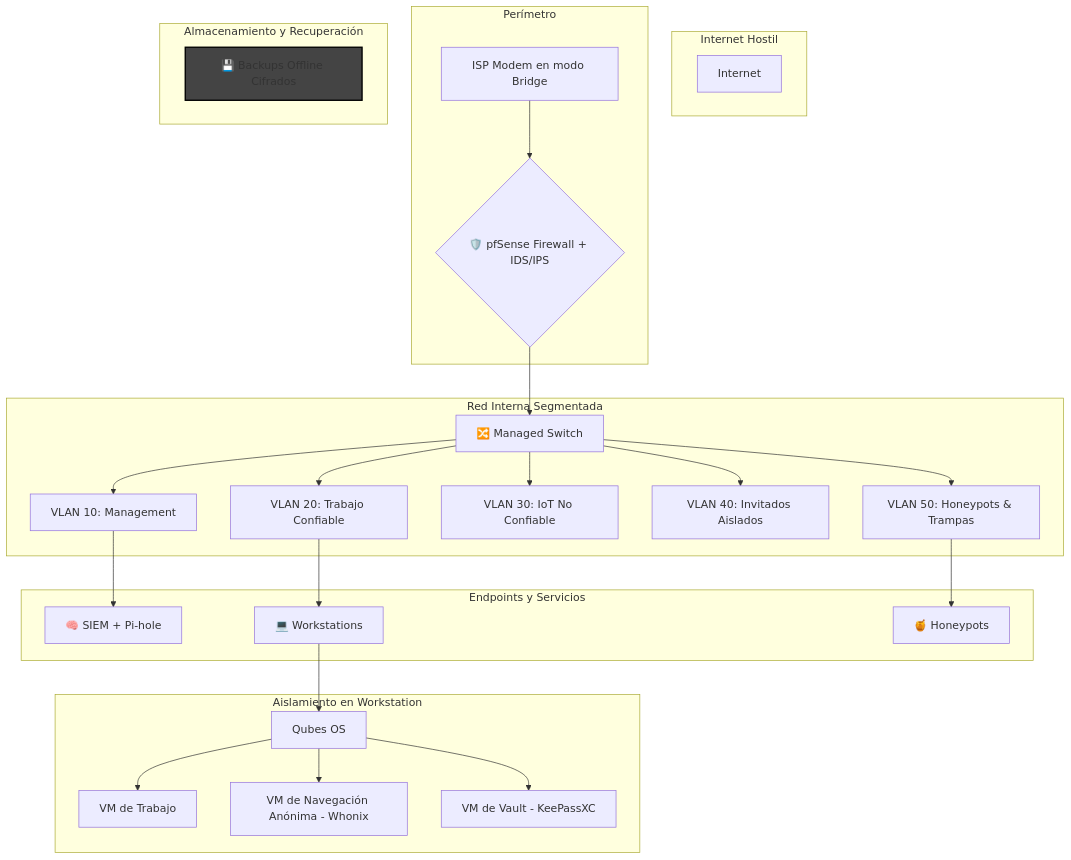
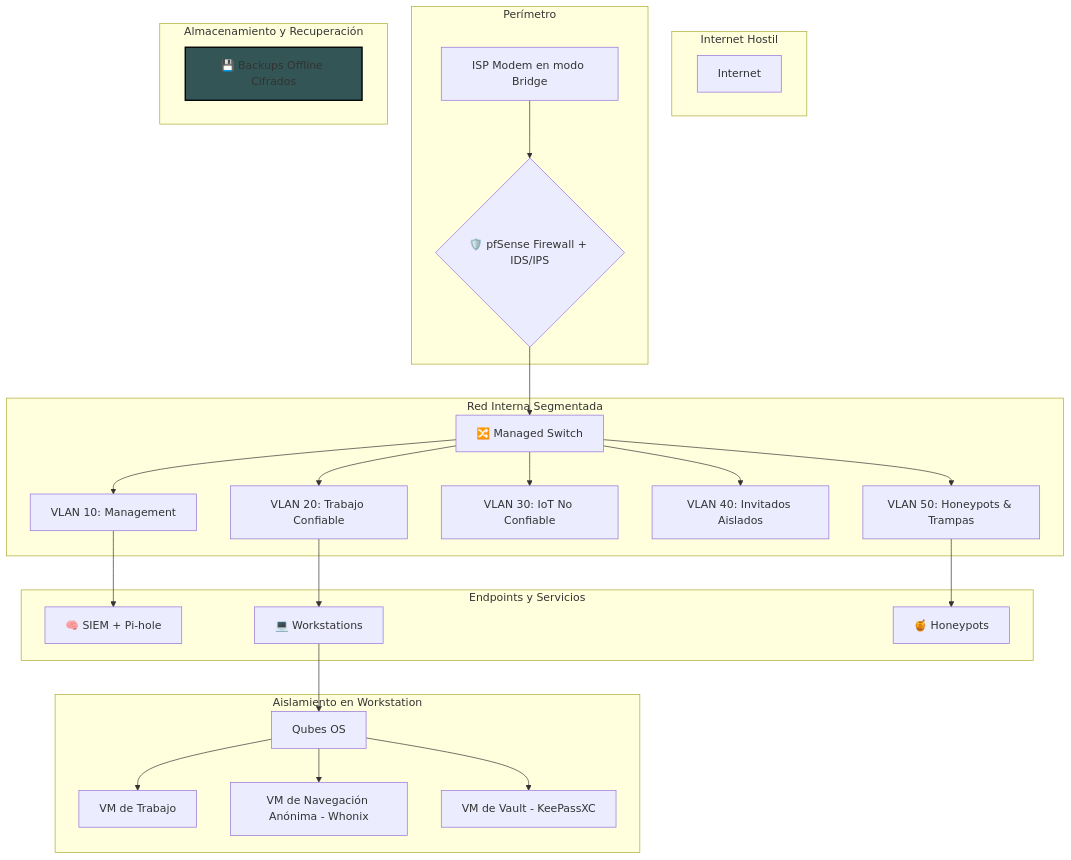
The second of 2 diagrams in 03_ciberseguridad_y_redes/14_defense.md (jviera100/documentacion), drawn with Mermaid before and after one commit.

Commit message:
:sparkles:up

````diff
--- a/03_ciberseguridad_y_redes/14_defense.md
+++ b/03_ciberseguridad_y_redes/14_defense.md
@@ -30,38 +30,38 @@
 ```mermaid
 graph TD
     subgraph Internet Hostil
         A[Internet]
     end
 
     subgraph Perímetro
         B[ISP Modem en modo Bridge] --> C{🛡️ pfSense Firewall + IDS/IPS};
     end
 
     subgraph Red Interna Segmentada
         C --> D[🔀 Managed Switch];
         D --> V10[VLAN 10: Management];
         D --> V20[VLAN 20: Trabajo Confiable];
         D --> V30[VLAN 30: IoT No Confiable];
         D --> V40[VLAN 40: Invitados Aislados];
         D --> V50[VLAN 50: Honeypots & Trampas];
     end
     
     subgraph Endpoints y Servicios
         V10 --> E[🧠 SIEM + Pi-hole];
         V20 --> F[💻 Workstations];
         V50 --> G[🍯 Honeypots];
     end
 
     subgraph Aislamiento en Workstation
         F --> H[Qubes OS];
         H --> I[VM de Trabajo];
         H --> J[VM de Navegación Anónima - Whonix];
         H --> K[VM de Vault - KeePassXC];
     end
 
     subgraph Almacenamiento y Recuperación
         L[💾 Backups Offline Cifrados]
     end
 
-    style L fill:#444,stroke:#000,stroke-width:2px
+    style L fill:#355,stroke:#000,stroke-width:2px
 ```
````
